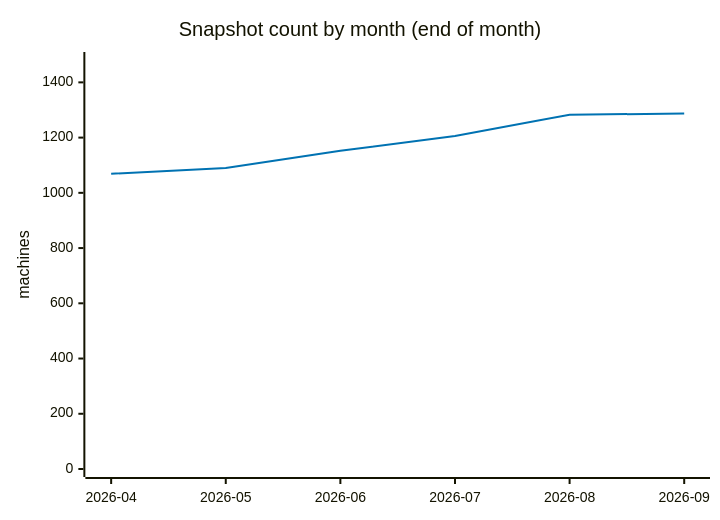
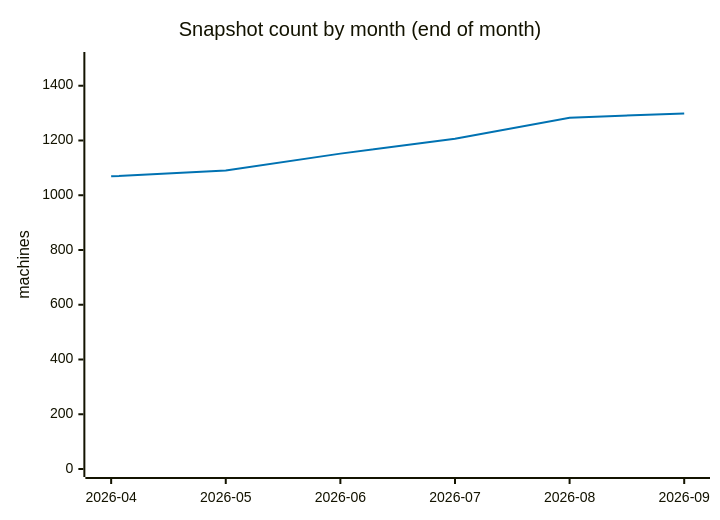
One commit to cheeaun/returnright-data changed the sixth of 7 diagrams in ANALYSIS.md. Above: the diagram before and after it, drawn with Mermaid. The commit also changed other lines of this file and 3 other files, not shown here.

````diff
--- a/ANALYSIS.md
+++ b/ANALYSIS.md
@@ -291,13 +292,13 @@
 ```mermaid
 ---
 config:
   themeVariables:
     xyChart:
       plotColorPalette: "#0072B2"
 ---
 xychart-beta
     title "Snapshot count by month (end of month)"
     x-axis ["2026-04", "2026-05", "2026-06", "2026-07", "2026-08", "2026-09"]
-    y-axis "machines" 0 --> 1481
-    line [1069, 1090, 1152, 1206, 1283, 1287]
+    y-axis "machines" 0 --> 1494
+    line [1069, 1090, 1152, 1206, 1283, 1299]
 ```
````
